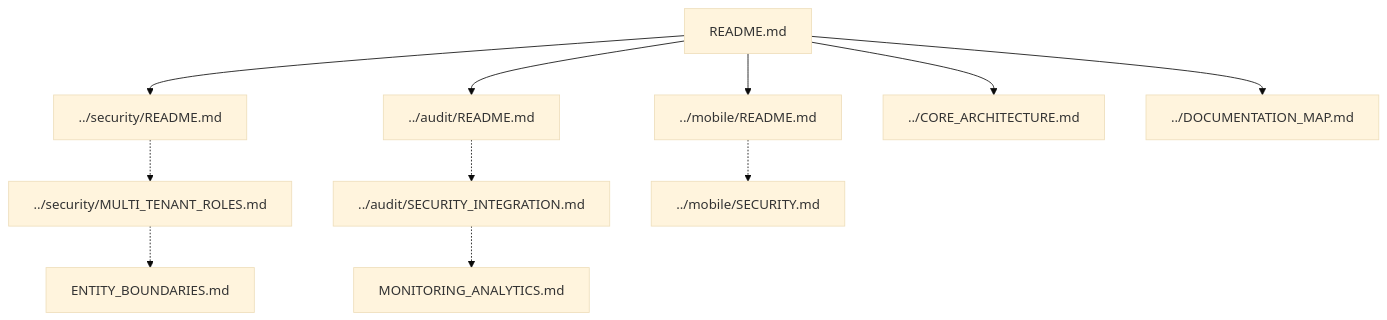
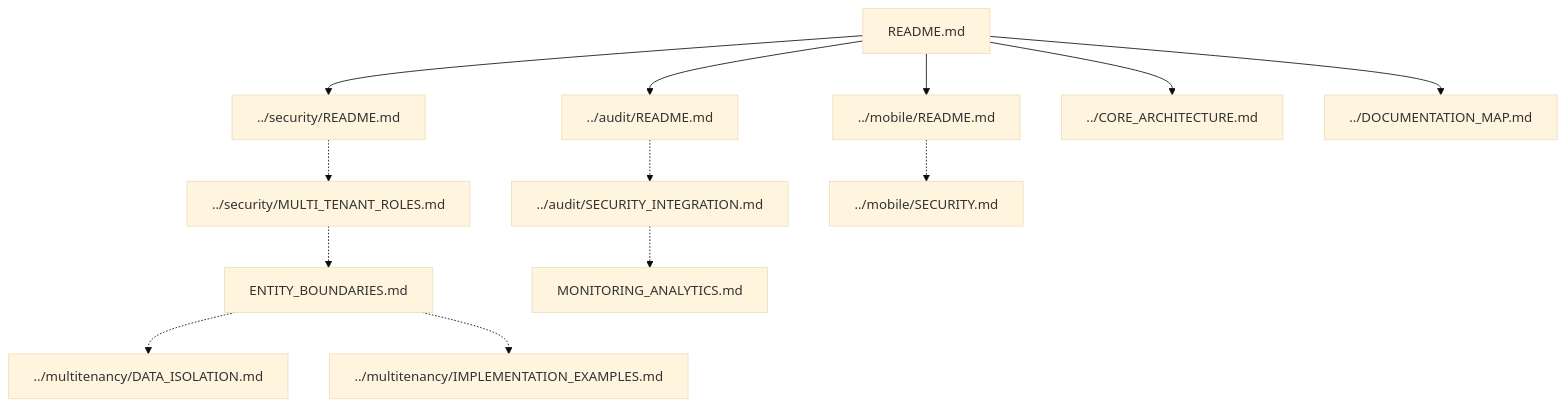
Before and after one commit to tesfayekb/core-base: the second of 2 diagrams in src/docs/documentation-maps/RBAC_SYSTEM_MAP.md, drawn with Mermaid (base theme). The commit also changed other lines of this file and 8 other files, not shown here.

````diff
--- a/src/docs/documentation-maps/RBAC_SYSTEM_MAP.md
+++ b/src/docs/documentation-maps/RBAC_SYSTEM_MAP.md
@@ -55,16 +75,19 @@
 ```mermaid
 graph TD
     README["README.md"] --> SEC["../security/README.md"]
     README --> AUDIT["../audit/README.md"]
     README --> MOB["../mobile/README.md"]
     README --> CORE["../CORE_ARCHITECTURE.md"]
     README --> DOC["../DOCUMENTATION_MAP.md"]
     
     SEC -.-> TENANT["../security/MULTI_TENANT_ROLES.md"]
     TENANT -.-> ENT["ENTITY_BOUNDARIES.md"]
     
+    ENT -.-> MT_DATA["../multitenancy/DATA_ISOLATION.md"]
+    ENT -.-> MT_IMPL["../multitenancy/IMPLEMENTATION_EXAMPLES.md"]
+    
     AUDIT -.-> SEC_INT["../audit/SECURITY_INTEGRATION.md"]
     SEC_INT -.-> MON["MONITORING_ANALYTICS.md"]
     
     MOB -.-> MOB_SEC["../mobile/SECURITY.md"]
 ```
````
